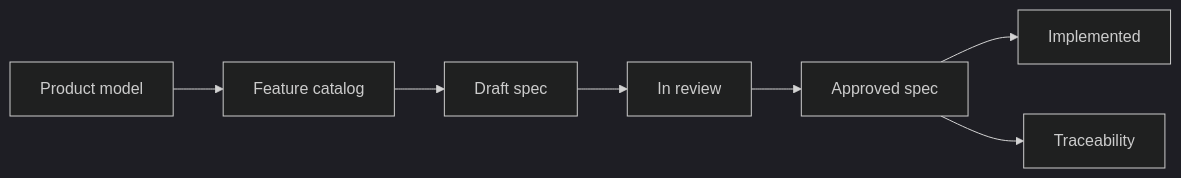
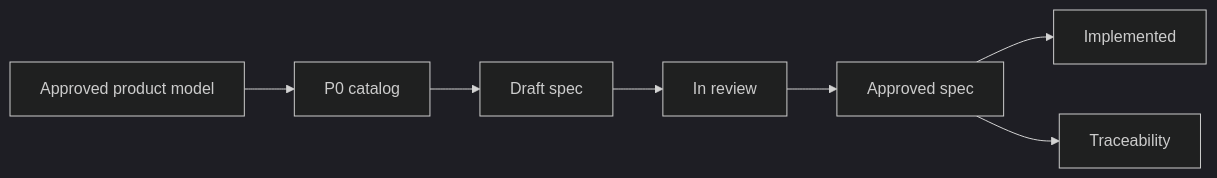
Before and after one commit to trannamtrung1st/flex-agent: the diagram in docs/requirements/README.md, drawn with Mermaid (dark theme). The commit also changed other lines of this file and 10 other files, not shown here.

First line of the commit message:
Make product baseline approved and requirements catalog actionable.

````diff
--- a/docs/requirements/README.md
+++ b/docs/requirements/README.md
@@ -13,9 +13,9 @@
 ```mermaid
 flowchart LR
-  productModel[Product model] --> catalog[Feature catalog]
+  productModel[Approved product model] --> catalog[P0 catalog]
   catalog --> draft[Draft spec]
   draft --> review[In review]
   review --> approved[Approved spec]
   approved --> implemented[Implemented]
   approved --> trace[Traceability]
 ```
````
